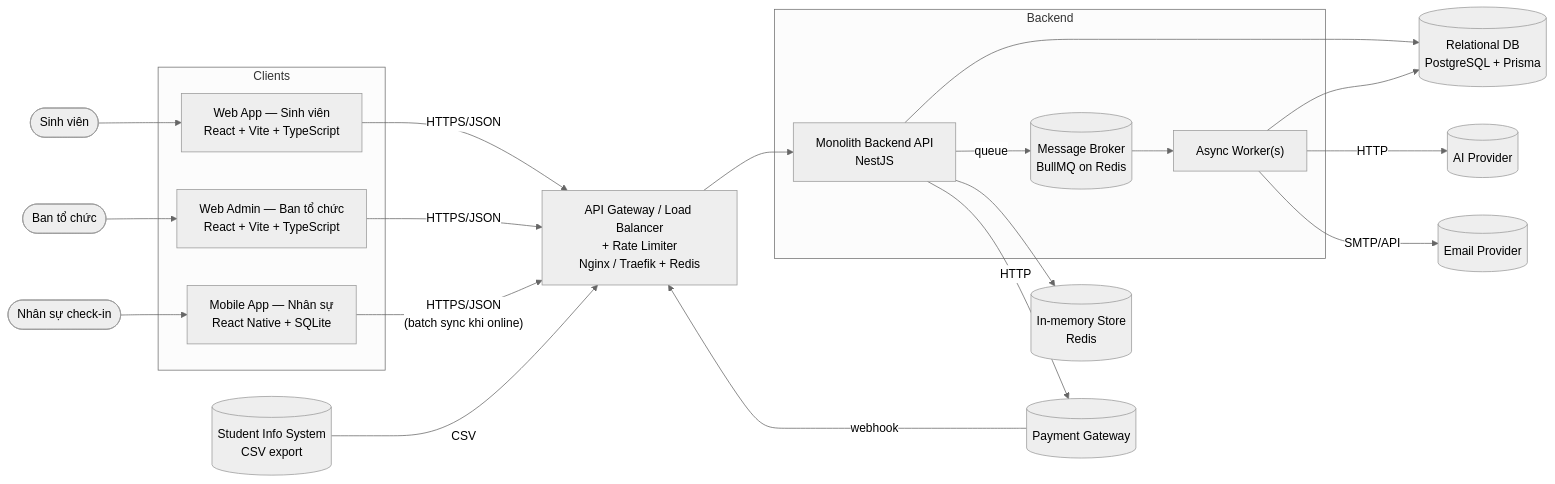
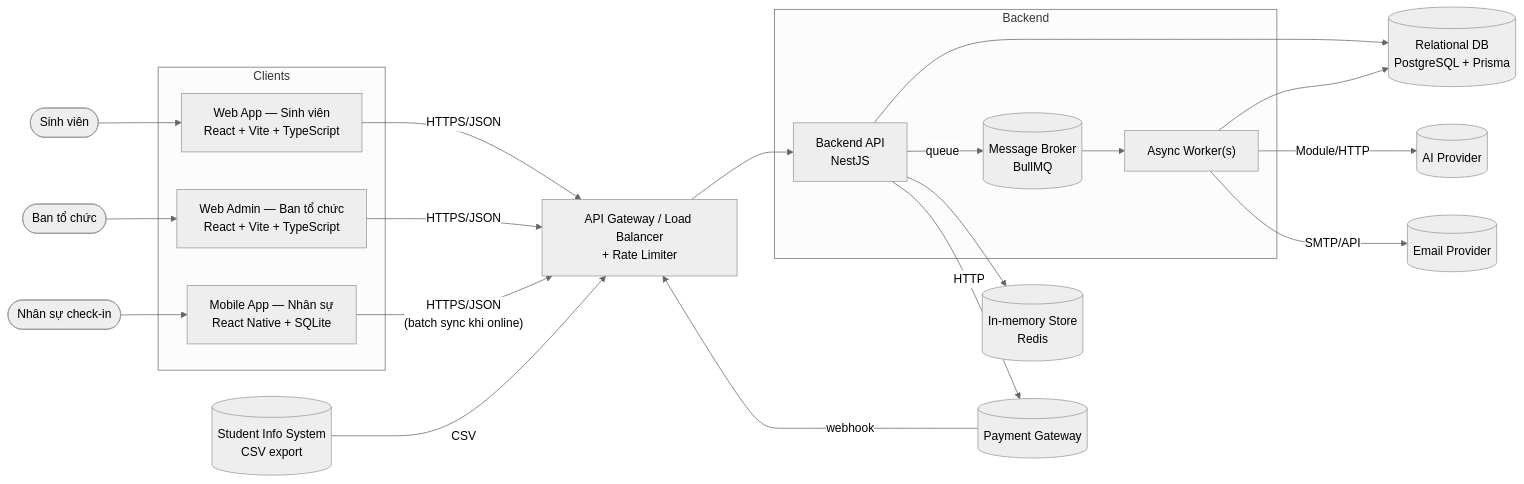
One commit to thinhngoo/UniHub-Workshop changed the third of 4 diagrams in blueprint/design.md. Above: the diagram before and after it, drawn with Mermaid (neutral theme). The commit also changed other lines of this file and 33 other files, not shown here.

````diff
--- a/blueprint/design.md
+++ b/blueprint/design.md
@@ -115,51 +98,51 @@
 ```mermaid
 flowchart LR
     SV([Sinh viên])
     BTC([Ban tổ chức])
     NSC([Nhân sự check-in])
 
     subgraph Clients
         WebSV["Web App — Sinh viên<br/>React + Vite + TypeScript"]
         WebAdmin["Web Admin — Ban tổ chức<br/>React + Vite + TypeScript"]
         Mobile["Mobile App — Nhân sự<br/>React Native + SQLite"]
     end
 
-    LB["API Gateway / Load Balancer<br/>+ Rate Limiter<br/>Nginx / Traefik + Redis"]
+    LB["API Gateway / Load Balancer<br/>+ Rate Limiter"]
 
     subgraph Backend
-        API["Monolith Backend API<br/>NestJS"]
+        API["Backend API<br/>NestJS"]
         Worker["Async Worker(s)"]
-        MQ[("Message Broker<br/>BullMQ on Redis")]
+        MQ[("Message Broker<br/>BullMQ")]
     end
 
     SQL[("Relational DB<br/>PostgreSQL + Prisma")]
     Cache[("In-memory Store<br/>Redis")]
 
     PG[(Payment Gateway)]
     AI[(AI Provider)]
     SIS[(Student Info System<br/>CSV export)]
     MAIL[(Email Provider)]
 
     SV --> WebSV
     BTC --> WebAdmin
     NSC --> Mobile
 
     WebSV -- HTTPS/JSON --> LB
     WebAdmin -- HTTPS/JSON --> LB
     Mobile -- HTTPS/JSON<br/>(batch sync khi online) --> LB
 
     LB --> API
 
     API --> SQL
     API --> Cache
     API -- queue --> MQ
     API -- HTTP --> PG
     PG -- webhook --> LB
 
     MQ --> Worker
     Worker --> SQL
-    Worker -- HTTP --> AI
+    Worker -- Module/HTTP --> AI
     Worker -- SMTP/API --> MAIL
 
     SIS -- CSV --> LB
 ```
````
